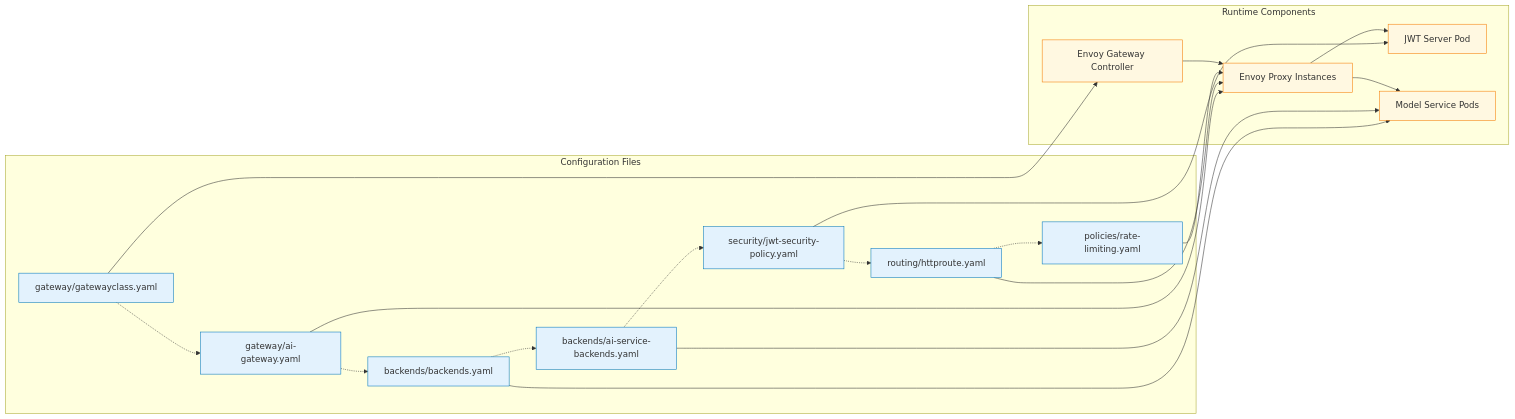
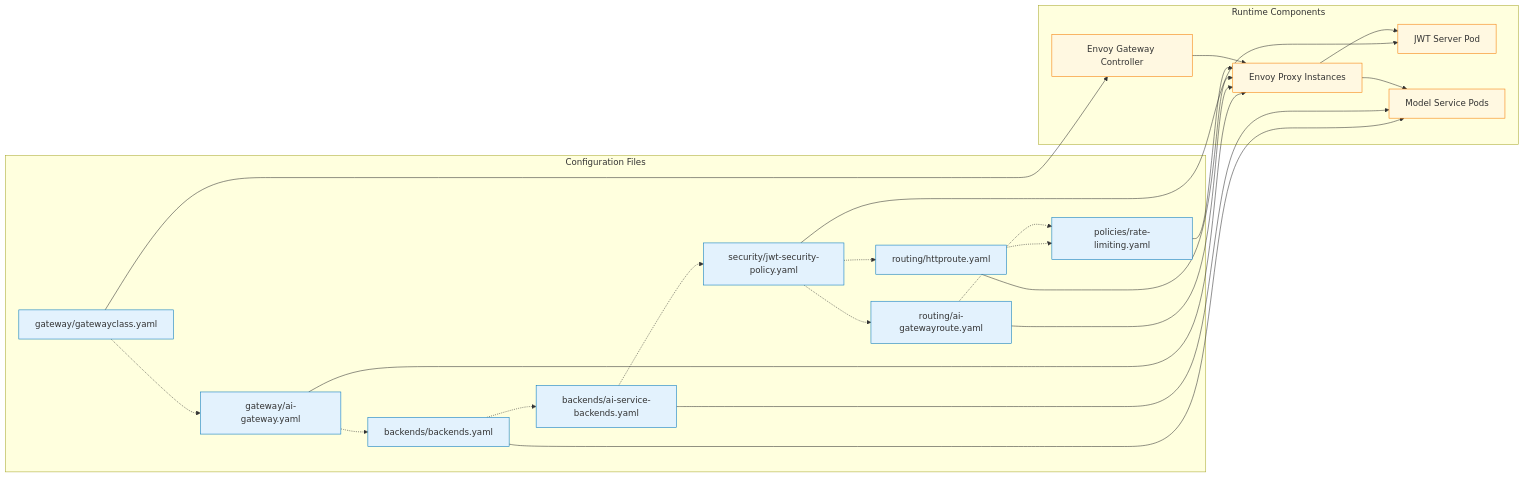
Before and after one commit to smarunich/inference-in-a-box: the fifth of 5 diagrams in configs/envoy-gateway/README.md, drawn with Mermaid. The commit also changed other lines of this file and 3 other files, not shown here.

First line of the commit message:
Move AIGatewayRoute config to routing and update docs

````diff
--- a/configs/envoy-gateway/README.md
+++ b/configs/envoy-gateway/README.md
@@ -288,47 +289,51 @@
 ```mermaid
 graph LR
     subgraph Configuration ["Configuration Files"]
         GCF[gateway/gatewayclass.yaml]
         AGF[gateway/ai-gateway.yaml]
+        AGRF[routing/ai-gatewayroute.yaml]
         SPF[security/jwt-security-policy.yaml]
         BEF[backends/backends.yaml]
         ASBF[backends/ai-service-backends.yaml]
         HRF[routing/httproute.yaml]
         TPF[policies/rate-limiting.yaml]
     end
     
     subgraph Runtime ["Runtime Components"]
         EG[Envoy Gateway Controller]
         EP[Envoy Proxy Instances]
         JS[JWT Server Pod]
         MS[Model Service Pods]
     end
     
     %% Configuration to Runtime Mapping
     GCF --> EG
     AGF --> EP
+    AGRF --> EP
     SPF --> JS
     BEF --> MS
     ASBF --> MS
     HRF --> EP
     TPF --> EP
     
     %% Runtime Dependencies
     EG --> EP
     EP --> JS
     EP --> MS
     
     %% File Dependencies (deployment order)
     GCF -.-> AGF
     AGF -.-> BEF
     BEF -.-> ASBF
     ASBF -.-> SPF
     SPF -.-> HRF
+    SPF -.-> AGRF
     HRF -.-> TPF
+    AGRF -.-> TPF
     
     classDef config fill:#e3f2fd,stroke:#0277bd
     classDef runtime fill:#fff8e1,stroke:#f57c00
     
-    class GCF,AGF,SPF,BEF,ASBF,HRF,TPF config
+    class GCF,AGF,AGRF,SPF,BEF,ASBF,HRF,TPF config
     class EG,EP,JS,MS runtime
 ```
````
